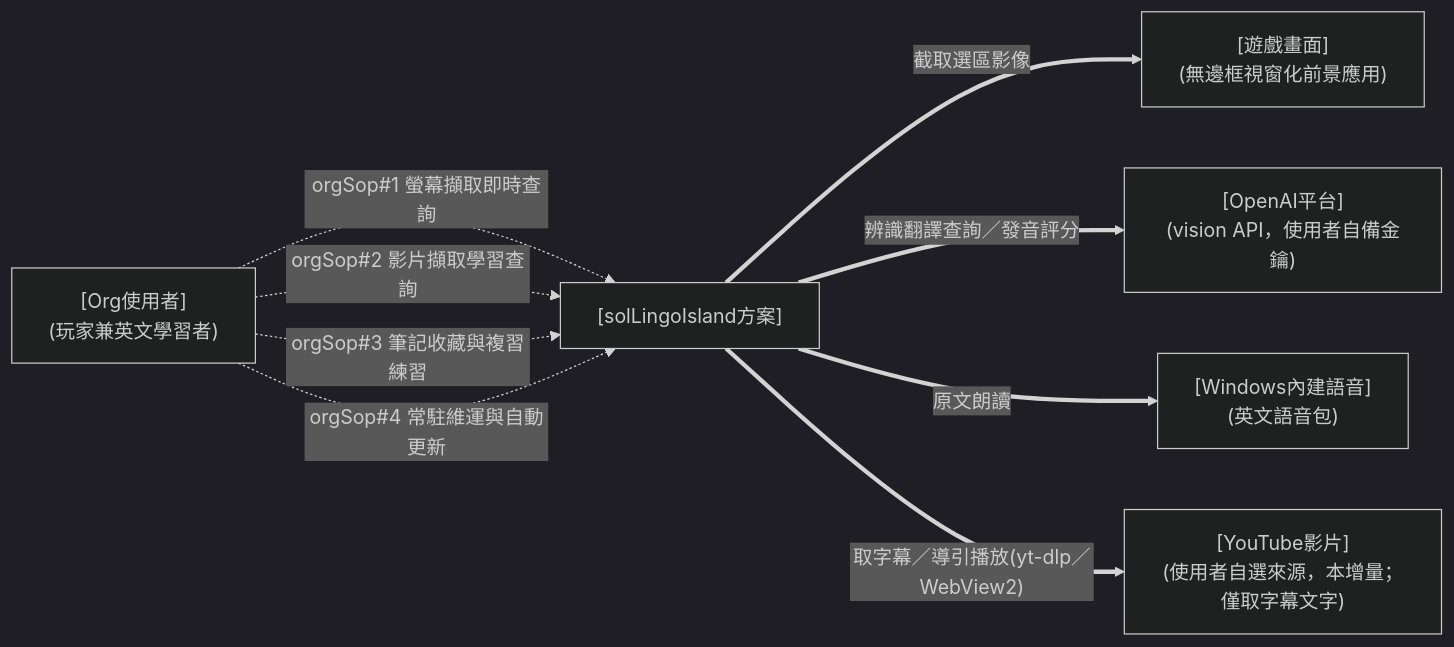
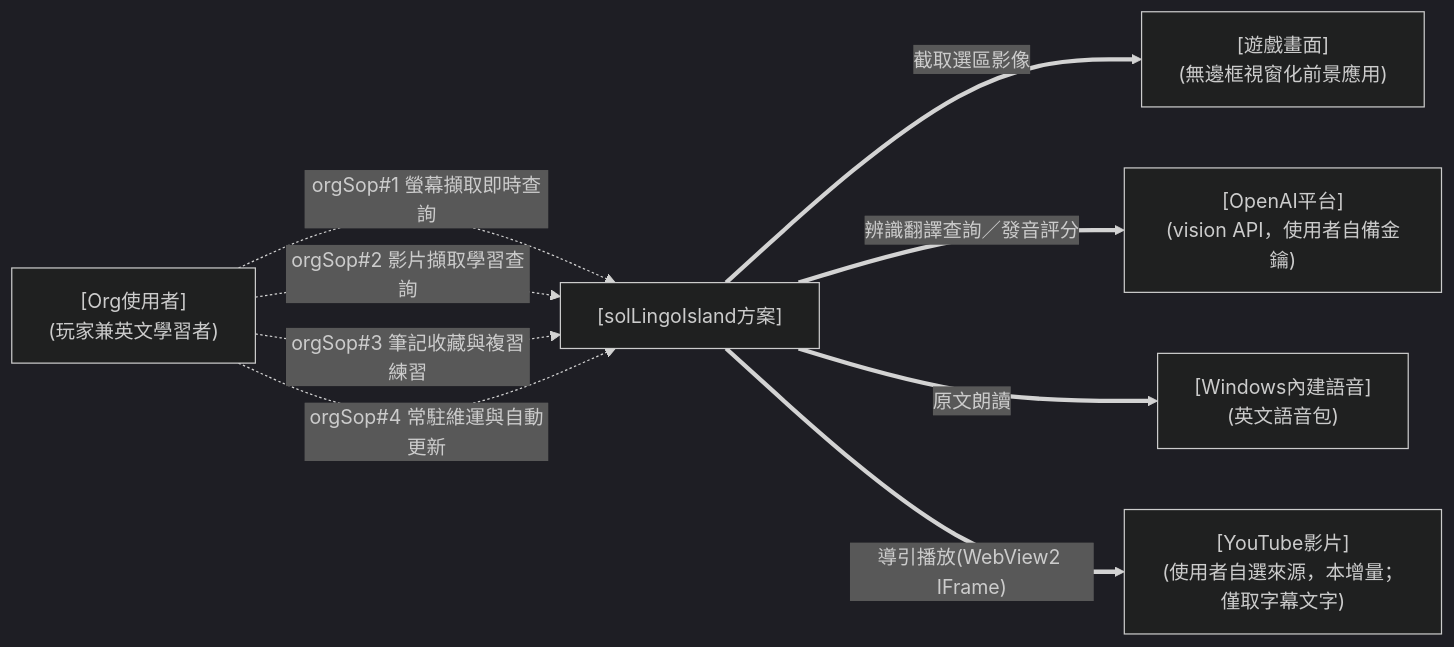
The first of 6 diagrams in docs/design.md (twStellerWhale-Ocean2/solLingoIsland), drawn with Mermaid (dark theme) before and after one commit. The commit also changed other lines of this file and 12 other files, not shown here.

````diff
--- a/docs/design.md
+++ b/docs/design.md
@@ -31,19 +31,19 @@
 ```mermaid
 flowchart LR
 
 USR["[Org使用者]<br/>(玩家兼英文學習者)"]
 GAME["[遊戲畫面]<br/>(無邊框視窗化前景應用)"]
 SOL["[solLingoIsland方案]"]
 OPENAI["[OpenAI平台]<br/>(vision API，使用者自備金鑰)"]
 SPEECH["[Windows內建語音]<br/>(英文語音包)"]
 YT["[YouTube影片]<br/>(使用者自選來源，本增量；僅取字幕文字)"]
 
 USR -.->|"orgSop#1 螢幕擷取即時查詢"| SOL
 USR -.->|"orgSop#2 影片擷取學習查詢"| SOL
 USR -.->|"orgSop#3 筆記收藏與複習練習"| SOL
 USR -.->|"orgSop#4 常駐維運與自動更新"| SOL
 SOL ==>|"截取選區影像"| GAME
 SOL ==>|"辨識翻譯查詢／發音評分"| OPENAI
 SOL ==>|"原文朗讀"| SPEECH
-SOL ==>|"取字幕／導引播放(yt-dlp／WebView2)"| YT
+SOL ==>|"導引播放(WebView2 IFrame)"| YT
 ```
````
